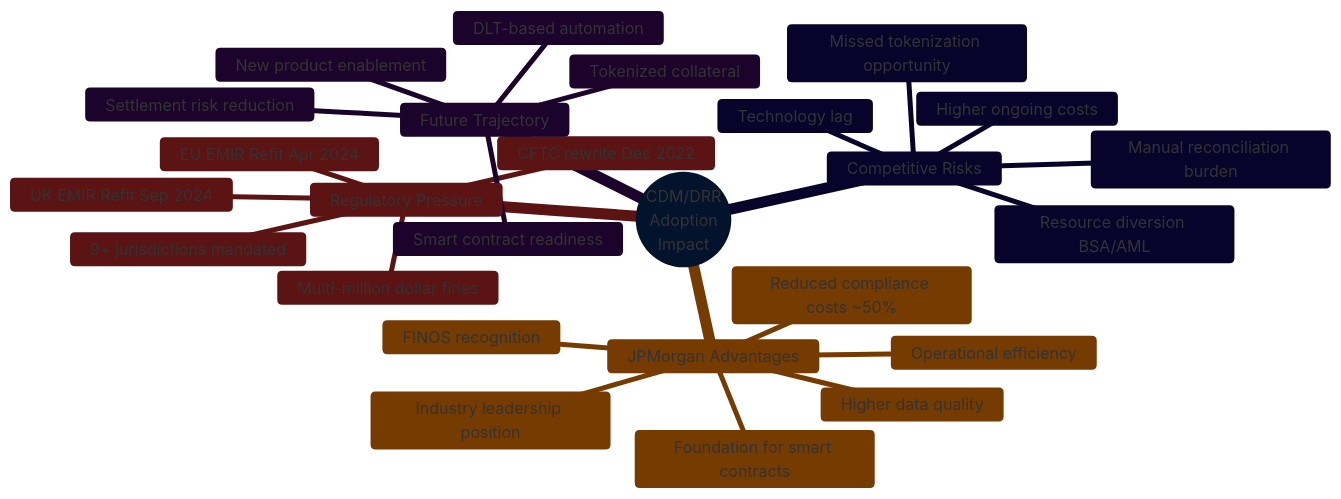
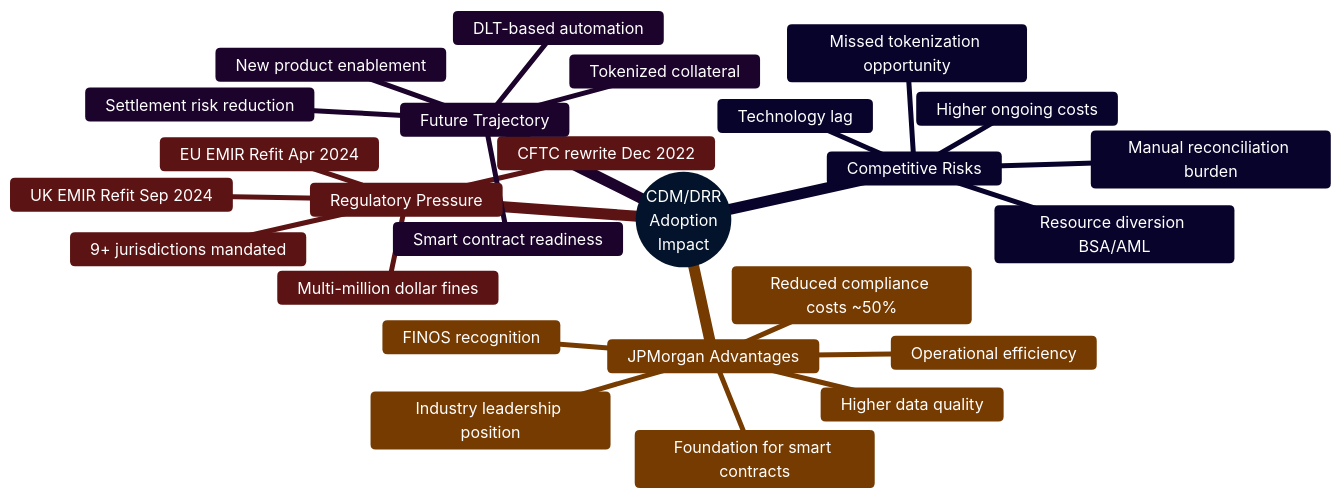
The fourth of 5 diagrams in CDM_DRR_Maturity_Infographic.md (mjpensa/test-mermaid), drawn with Mermaid before and after one commit.

Commit message:
Update Strategic Implications text to white

````diff
--- a/CDM_DRR_Maturity_Infographic.md
+++ b/CDM_DRR_Maturity_Infographic.md
@@ -128,34 +128,34 @@
 ```mermaid
-%%{init: {'theme':'base', 'themeVariables': { 'primaryColor':'#0d47a1','secondaryColor':'#f57c00','tertiaryColor':'#c62828'}}}%%
+%%{init: {'theme':'base', 'themeVariables': { 'primaryColor':'#0d47a1','primaryTextColor':'#fff','secondaryColor':'#f57c00','secondaryTextColor':'#fff','tertiaryColor':'#c62828','tertiaryTextColor':'#fff','fontFamily':'arial'}}}%%
 
 mindmap
   root((CDM/DRR<br/>Adoption<br/>Impact))
     JPMorgan Advantages
       Reduced compliance costs ~50%
       Higher data quality
       Operational efficiency
       Foundation for smart contracts
       Industry leadership position
       FINOS recognition
     
     Regulatory Pressure
       CFTC rewrite Dec 2022
       EU EMIR Refit Apr 2024
       UK EMIR Refit Sep 2024
       Multi-million dollar fines
       9+ jurisdictions mandated
     
     Competitive Risks
       Technology lag
       Higher ongoing costs
       Manual reconciliation burden
       Missed tokenization opportunity
       Resource diversion BSA/AML
     
     Future Trajectory
       Smart contract readiness
       DLT-based automation
       Tokenized collateral
       Settlement risk reduction
       New product enablement
 ```
````
